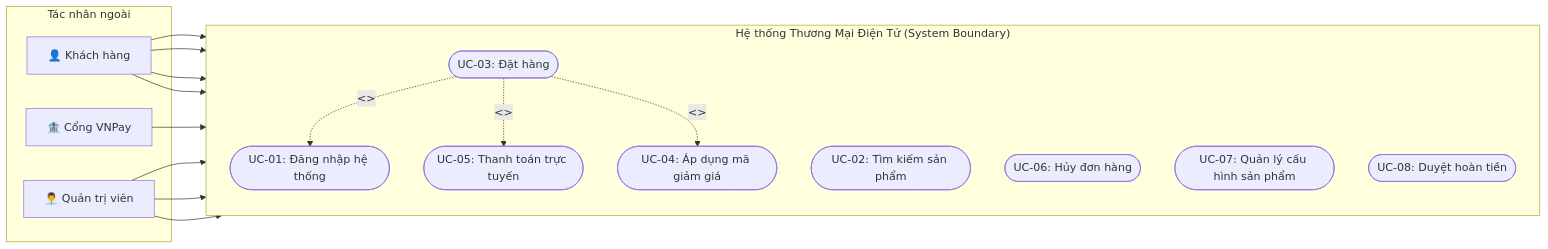
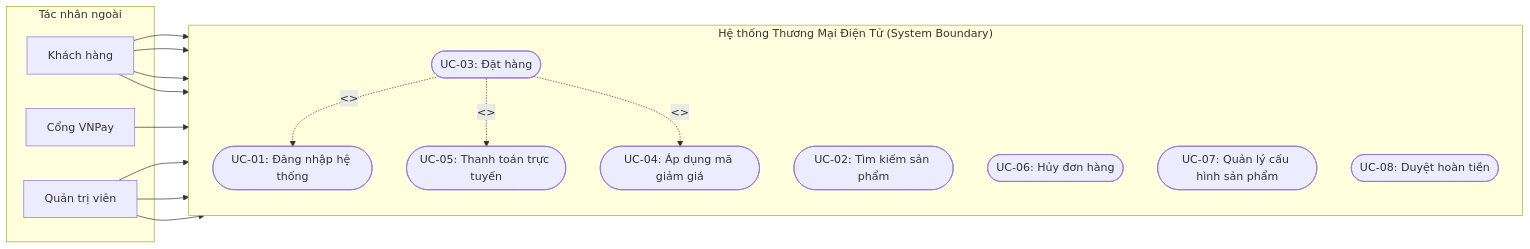
The diagram in _templates/25-usecase-diagram.md (MrSilent205/Universal_BA_Toolkit), drawn with Mermaid before and after one commit. The commit also changed 37 other files, not shown here.

````diff
--- a/_templates/25-usecase-diagram.md
+++ b/_templates/25-usecase-diagram.md
@@ -21,34 +21,34 @@
 ```mermaid
 flowchart LR
     subgraph Actors["Tác nhân ngoài"]
-        Cust["👤 Khách hàng"]
-        Admin["👨‍💼 Quản trị viên"]
-        VNPay["🏦 Cổng VNPay"]
+        Cust["Khách hàng"]
+        Admin["Quản trị viên"]
+        VNPay["Cổng VNPay"]
     end
 
     subgraph SystemBoundary["Hệ thống Thương Mại Điện Tử (System Boundary)"]
         direction TB
         UC1(["UC-01: Đăng nhập hệ thống"])
         UC2(["UC-02: Tìm kiếm sản phẩm"])
         UC3(["UC-03: Đặt hàng"])
         UC4(["UC-04: Áp dụng mã giảm giá"])
         UC5(["UC-05: Thanh toán trực tuyến"])
         UC6(["UC-06: Hủy đơn hàng"])
         UC7(["UC-07: Quản lý cấu hình sản phẩm"])
         UC8(["UC-08: Duyệt hoàn tiền"])
     end
 
     Cust --> UC1
     Cust --> UC2
     Cust --> UC3
     Cust --> UC6
 
     UC3 -.->|<<include>>| UC1
     UC3 -.->|<<include>>| UC5
     UC3 -.->|<<extend>>| UC4
 
     VNPay --> UC5
     Admin --> UC7
     Admin --> UC8
     Admin --> UC6
 ```
````
